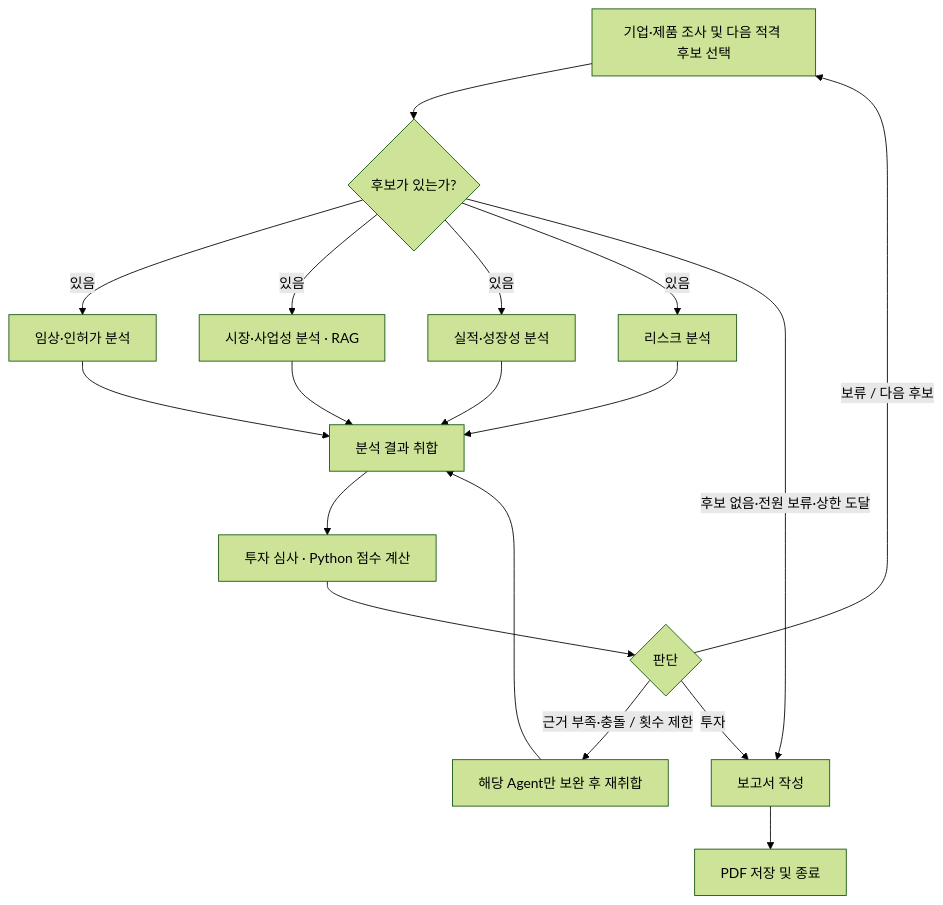
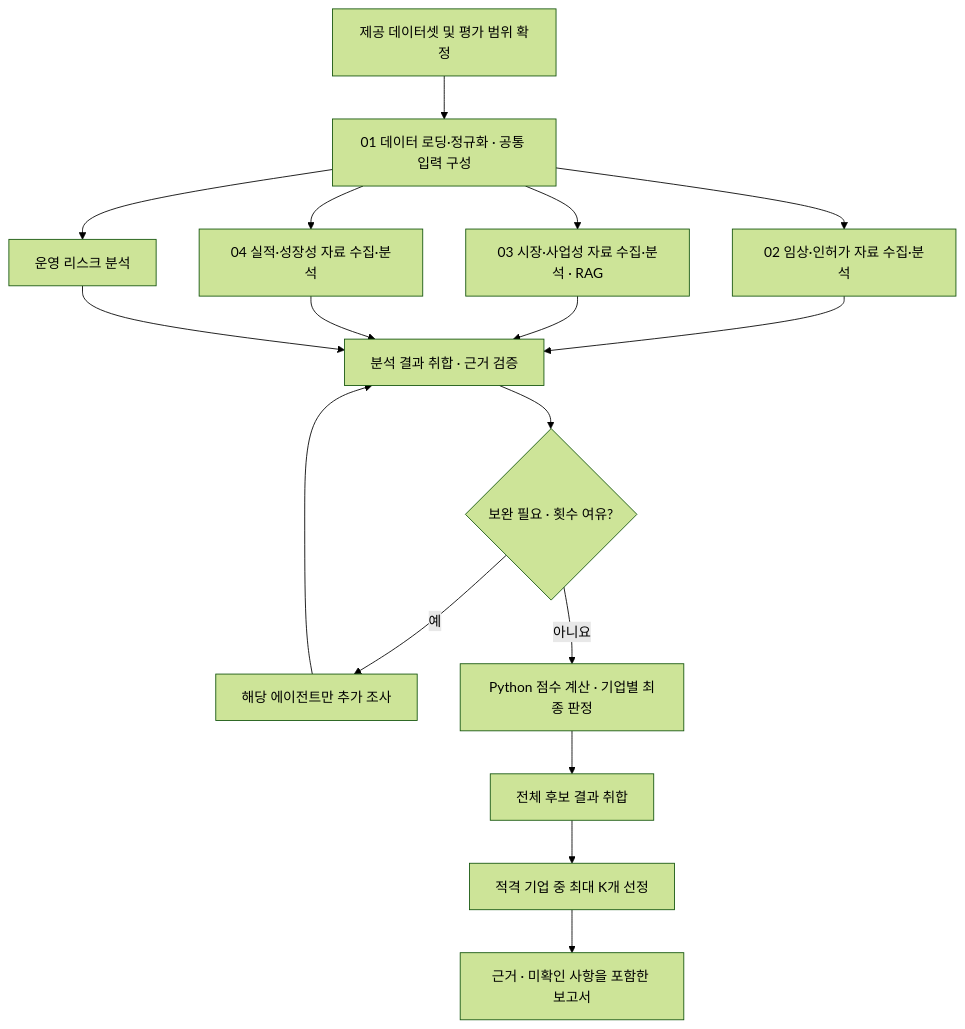
Before and after one commit to halyn1130/MedAI-Agent: the diagram in README.md, drawn with Mermaid (forest theme). The commit also changed other lines of this file and 1 other file, not shown here.

````diff
--- a/README.md
+++ b/README.md
@@ -56,20 +24,19 @@
 ```mermaid
 flowchart TD
-    A[기업·제품 조사 및 다음 적격 후보 선택] --> B{후보가 있는가?}
-    B -->|있음| C[임상·인허가 분석]
-    B -->|있음| M[시장·사업성 분석 · RAG]
-    B -->|있음| P[실적·성장성 분석]
-    B -->|있음| K[리스크 분석]
-    C --> J[분석 결과 취합]
-    M --> J
-    P --> J
-    K --> J
-    J --> I[투자 심사 · Python 점수 계산]
-    I --> D{판단}
-    D -->|근거 부족·충돌 / 횟수 제한| R[해당 Agent만 보완 후 재취합]
-    R --> J
-    D -->|보류 / 다음 후보| A
-    D -->|투자| W[보고서 작성]
-    B -->|후보 없음·전원 보류·상한 도달| W
-    W --> O[PDF 저장 및 종료]
+    A[제공 데이터셋 및 평가 범위 확정] --> B[01 데이터 로딩·정규화 · 공통 입력 구성]
+    B --> C[02 임상·인허가 자료 수집·분석]
+    B --> D[03 시장·사업성 자료 수집·분석 · RAG]
+    B --> E[04 실적·성장성 자료 수집·분석]
+    B --> F[운영 리스크 분석]
+    C --> G[분석 결과 취합 · 근거 검증]
+    D --> G
+    E --> G
+    F --> G
+    G --> H{보완 필요 · 횟수 여유?}
+    H -->|예| I[해당 에이전트만 추가 조사]
+    I --> G
+    H -->|아니요| J[Python 점수 계산 · 기업별 최종 판정]
+    J --> K[전체 후보 결과 취합]
+    K --> L[적격 기업 중 최대 K개 선정]
+    L --> M[근거 · 미확인 사항을 포함한 보고서]
 ```
````
